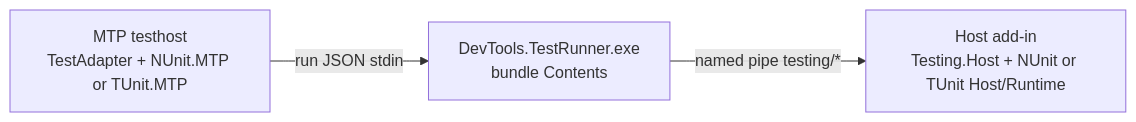
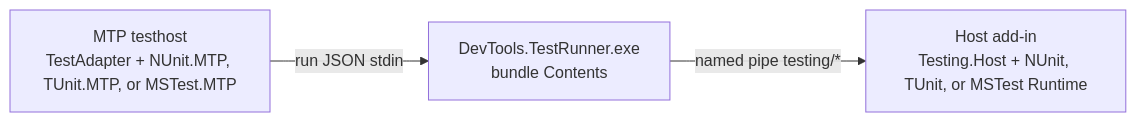
Before and after one commit to trgiangv/RevitDevTool: the diagram in docs/architecture/Testing/README.md, drawn with Mermaid. The commit also changed other lines of this file and 77 other files, not shown here.

First line of the commit message:
feat(testing): run MSTest 4.4.1 inside the host

````diff
--- a/docs/architecture/Testing/README.md
+++ b/docs/architecture/Testing/README.md
@@ -182,9 +187,9 @@
 ```mermaid
 flowchart LR
-  Testhost["MTP testhost\nTestAdapter + NUnit.MTP or TUnit.MTP"]
+  Testhost["MTP testhost\nTestAdapter + NUnit.MTP, TUnit.MTP, or MSTest.MTP"]
   Runner["DevTools.TestRunner.exe\nbundle Contents"]
-  Host["Host add-in\nTesting.Host + NUnit or TUnit Host/Runtime"]
+  Host["Host add-in\nTesting.Host + NUnit, TUnit, or MSTest Runtime"]
 
   Testhost -->|"run JSON stdin"| Runner
   Runner -->|"named pipe testing/*"| Host
 ```
````
